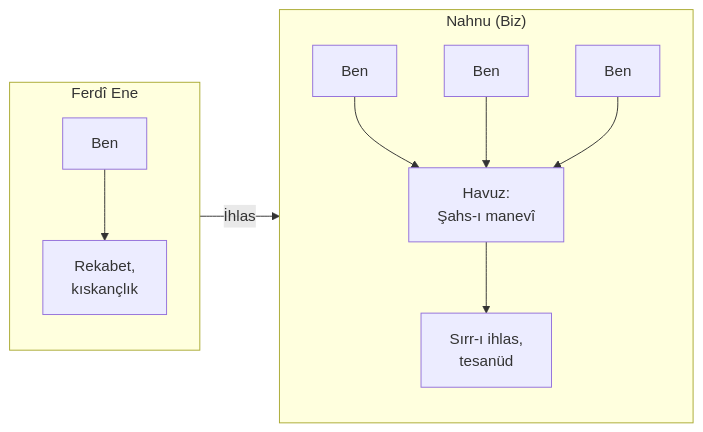
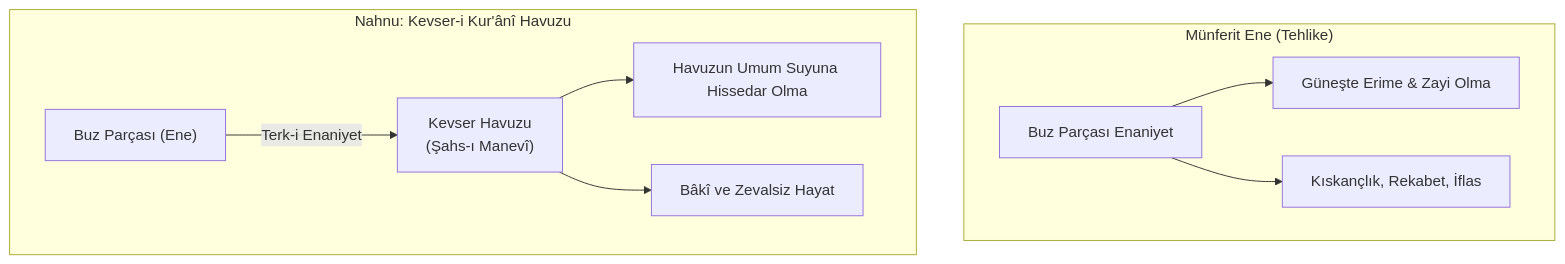
One commit to bahattinyunus/tilsim-i-kainat changed the first of 2 diagrams in docs/ene-ontolojisi/03-eneden-nahnuya.md. Above: the diagram before and after it, drawn with Mermaid. The commit also changed other lines of this file and 8 other files, not shown here.

````diff
--- a/docs/ene-ontolojisi/03-eneden-nahnuya.md
+++ b/docs/ene-ontolojisi/03-eneden-nahnuya.md
@@ -36,13 +17,12 @@
 ```mermaid
-flowchart LR
-    subgraph Fert["Ferdî Ene"]
-        E1["Ben"] --> R["Rekabet,<br/>kıskançlık"]
+flowchart TD
+    subgraph Munferit["Münferit Ene (Tehlike)"]
+        B1["Buz Parçası Enaniyet"] --> G["Güneşte Erime & Zayi Olma"]
+        B1 --> R["Kıskançlık, Rekabet, İflas"]
     end
-    subgraph Biz["Nahnu (Biz)"]
-        N1["Ben"] --> H["Havuz:<br/>Şahs-ı manevî"]
-        N2["Ben"] --> H
-        N3["Ben"] --> H
-        H --> S["Sırr-ı ihlas,<br/>tesanüd"]
+    subgraph Havuz["Nahnu: Kevser-i Kur'ânî Havuzu"]
+        B2["Buz Parçası (Ene)"] -->|"Terk-i Enaniyet"| H["Kevser Havuzu<br/>(Şahs-ı Manevî)"]
+        H --> K["Havuzun Umum Suyuna Hissedar Olma"]
+        H --> Baki["Bâkî ve Zevalsiz Hayat"]
     end
-    Fert -->|"İhlas"| Biz
 ```
````
